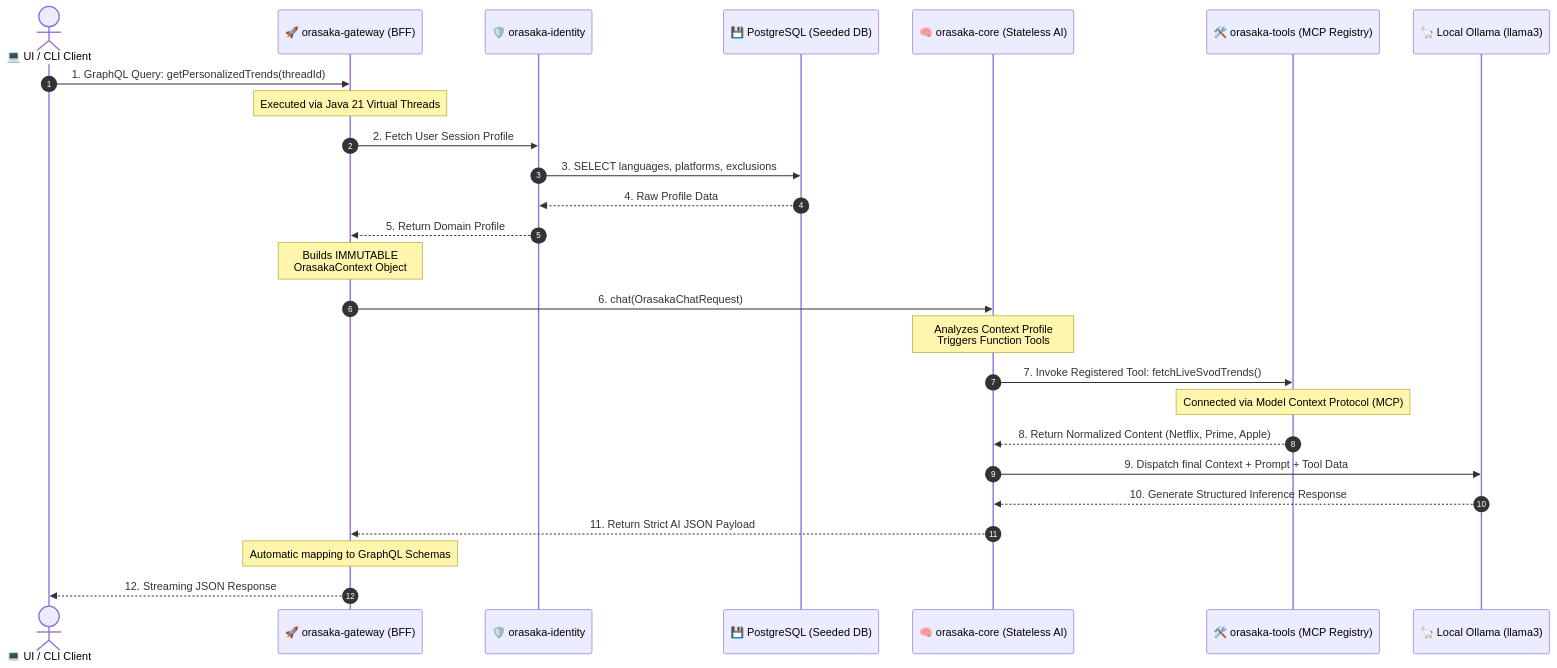
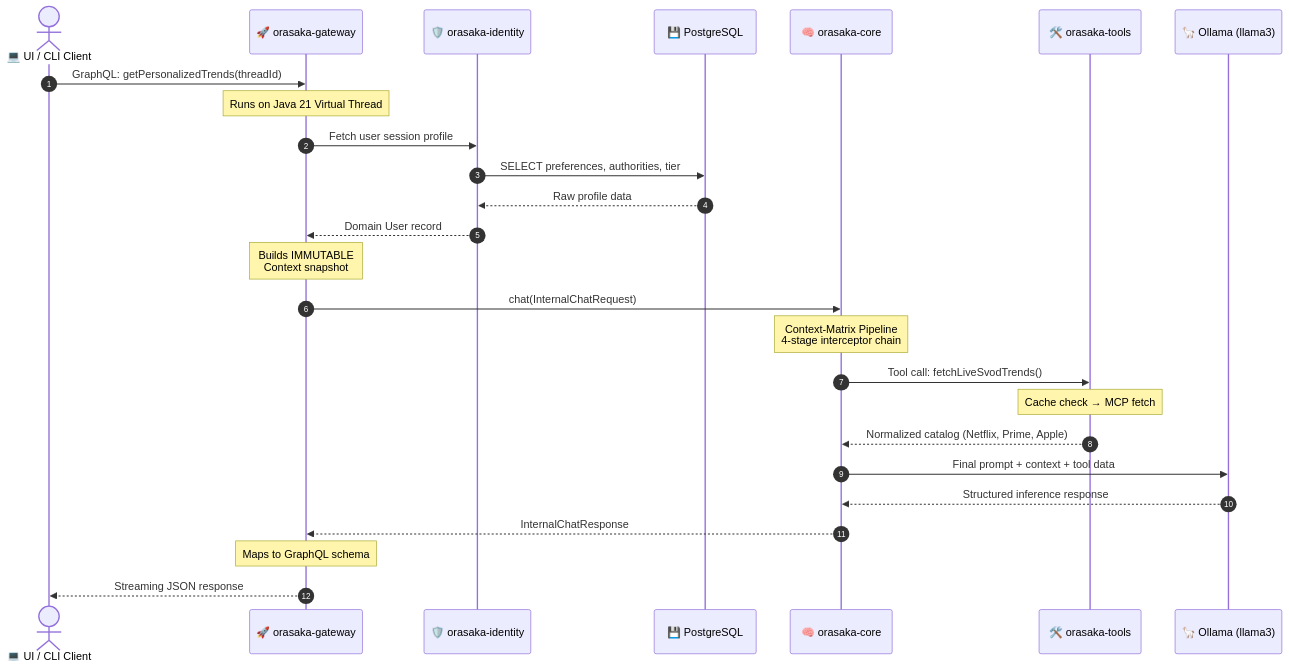
Before and after one commit to oussamaABID/orasaka: the diagram in docs/BUSINESS_IMPLEMENTATION.md, drawn with Mermaid. The commit also changed other lines of this file and 481 other files, not shown here.

````diff
--- a/docs/BUSINESS_IMPLEMENTATION.md
+++ b/docs/BUSINESS_IMPLEMENTATION.md
@@ -28,36 +104,36 @@
 ```mermaid
 sequenceDiagram
     autonumber
     actor User as 💻 UI / CLI Client
-    participant GW as 🚀 orasaka-gateway (BFF)
+    participant GW as 🚀 orasaka-gateway
     participant ID as 🛡️ orasaka-identity
-    participant DB as 💾 PostgreSQL (Seeded DB)
-    participant CR as 🧠 orasaka-core (Stateless AI)
-    participant TL as 🛠️ orasaka-tools (MCP Registry)
-    participant OLL as 🦙 Local Ollama (llama3)
+    participant DB as 💾 PostgreSQL
+    participant CR as 🧠 orasaka-core
+    participant TL as 🛠️ orasaka-tools
+    participant OLL as 🦙 Ollama (llama3)
 
-    User->>GW: 1. GraphQL Query: getPersonalizedTrends(threadId)
-    note over GW: Executed via Java 21 Virtual Threads
-    
-    GW->>ID: 2. Fetch User Session Profile
-    ID->>DB: 3. SELECT languages, platforms, exclusions
-    DB-->>ID: 4. Raw Profile Data
-    ID-->>GW: 5. Return Domain Profile
+    User->>GW: GraphQL: getPersonalizedTrends(threadId)
+    note over GW: Runs on Java 21 Virtual Thread
 
-    note over GW: Builds IMMUTABLE<br/>OrasakaContext Object
-    
-    GW->>CR: 6. chat(OrasakaChatRequest)
-    
-    note over CR: Analyzes Context Profile<br/>Triggers Function Tools
-    
-    CR->>TL: 7. Invoke Registered Tool: fetchLiveSvodTrends()
-    note over TL: Connected via Model Context Protocol (MCP)
-    TL-->>CR: 8. Return Normalized Content (Netflix, Prime, Apple)
-    
-    CR->>OLL: 9. Dispatch final Context + Prompt + Tool Data
-    OLL-->>CR: 10. Generate Structured Inference Response
-    
-    CR-->>GW: 11. Return Strict AI JSON Payload
-    note over GW: Automatic mapping to GraphQL Schemas
-    GW-->>User: 12. Streaming JSON Response
+    GW->>ID: Fetch user session profile
+    ID->>DB: SELECT preferences, authorities, tier
+    DB-->>ID: Raw profile data
+    ID-->>GW: Domain User record
+
+    note over GW: Builds IMMUTABLE<br/>Context snapshot
+
+    GW->>CR: chat(InternalChatRequest)
+
+    note over CR: Context-Matrix Pipeline<br/>4-stage interceptor chain
+
+    CR->>TL: Tool call: fetchLiveSvodTrends()
+    note over TL: Cache check → MCP fetch
+    TL-->>CR: Normalized catalog (Netflix, Prime, Apple)
+
+    CR->>OLL: Final prompt + context + tool data
+    OLL-->>CR: Structured inference response
+
+    CR-->>GW: InternalChatResponse
+    note over GW: Maps to GraphQL schema
+    GW-->>User: Streaming JSON response
 ```
````
